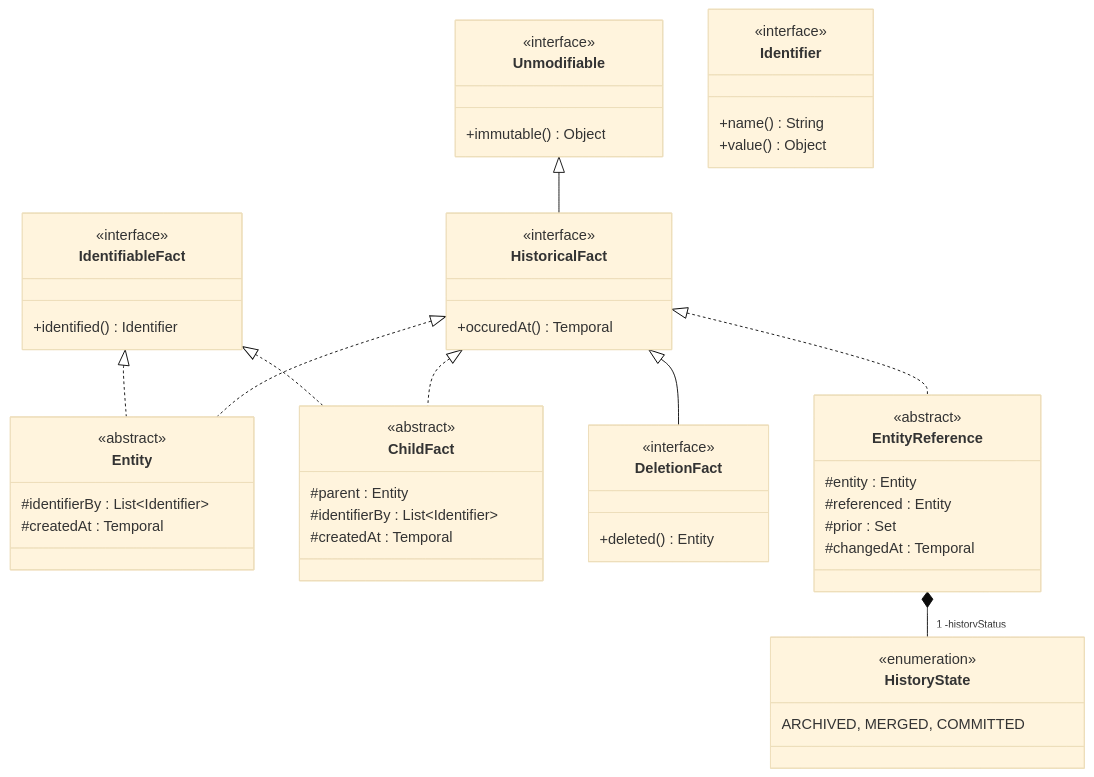
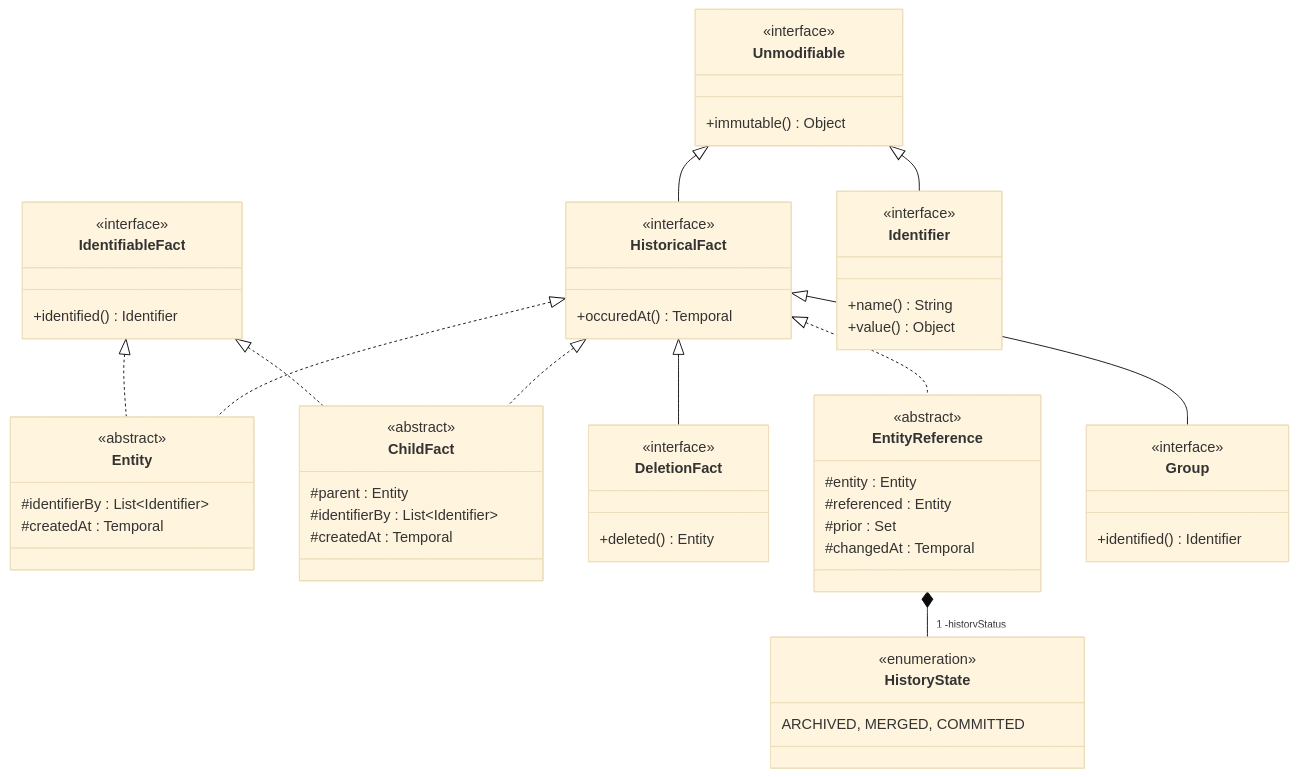
Before and after one commit to cybnity/foundation: the diagram in implementations-line/framework/immutable/README.md, drawn with Mermaid (base theme). The commit also changed 1 other file, not shown here.

````diff
--- a/implementations-line/framework/immutable/README.md
+++ b/implementations-line/framework/immutable/README.md
@@ -27,54 +27,60 @@
 ```mermaid
 classDiagram
     IdentifiableFact <|.. Entity
     HistoricalFact <|.. Entity
     IdentifiableFact <|.. ChildFact
     Unmodifiable <|-- HistoricalFact
     HistoricalFact <|.. ChildFact
     HistoricalFact <|-- DeletionFact
     HistoricalFact <|.. EntityReference
     EntityReference *-- "1 -historyStatus" HistoryState
+    HistoricalFact <|-- Group
+    Unmodifiable <|-- Identifier
     class HistoricalFact {
         <<interface>>
         +occuredAt() Temporal
     }
     class IdentifiableFact {
         <<interface>>
         +identified() Identifier
     }
     class Entity {
         <<abstract>>
         #identifierBy : List~Identifier~
         #createdAt : Temporal
     }
     class ChildFact {
         <<abstract>>
         #parent : Entity
         #identifierBy : List~Identifier~
         #createdAt : Temporal
     }
     class DeletionFact {
         <<interface>>
         +deleted() Entity
     }
     class Unmodifiable {
         <<interface>>
         +immutable() Object
     }
     class Identifier {
         <<interface>>
         +name() String
         +value() Object
     }
     class HistoryState {
         <<enumeration>>
         ARCHIVED, MERGED, COMMITTED
     }
     class EntityReference {
         <<abstract>>
         #entity : Entity
         #referenced : Entity
         #prior : Set<EntityReference>
         #changedAt : Temporal
     }
+    class Group {
+        <<interface>>
+        +identified() Identifier
+    }
 ```
````
